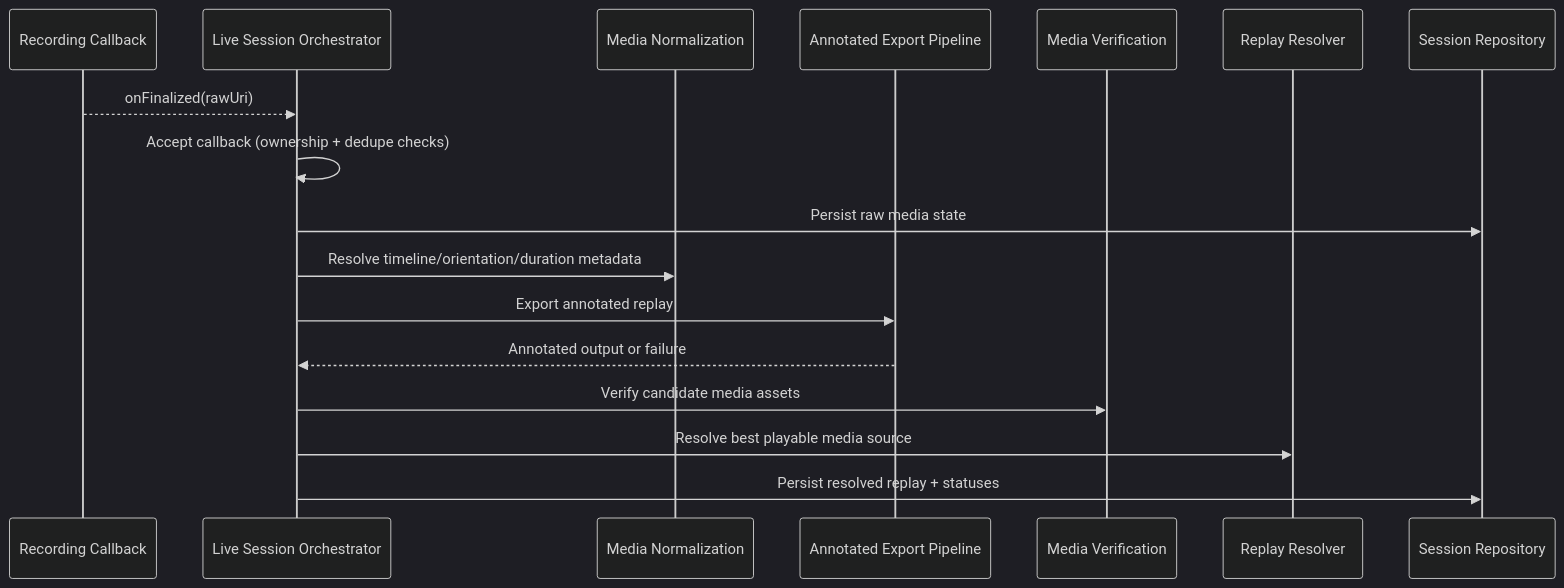
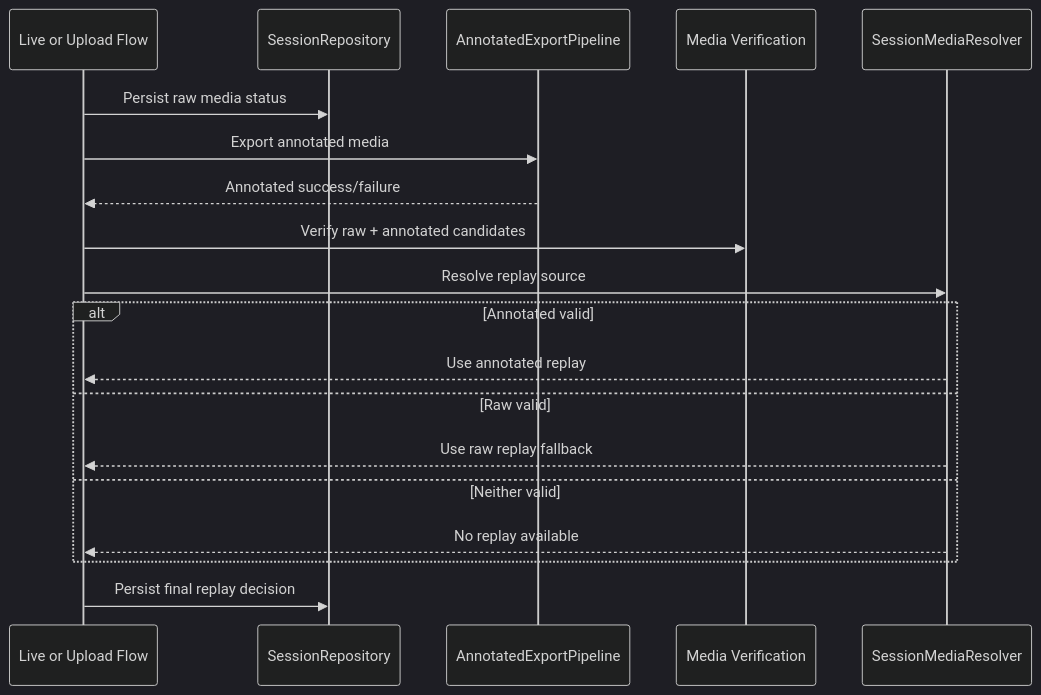
Before and after one commit to Voycepeh/CaliVision: the diagram in docs/diagrams/sequence-export-finalization.md, drawn with Mermaid (dark theme). The commit also changed other lines of this file and 16 other files, not shown here.

````diff
--- a/docs/diagrams/sequence-export-finalization.md
+++ b/docs/diagrams/sequence-export-finalization.md
@@ -3,20 +3,24 @@
 ```mermaid
 sequenceDiagram
-    participant REC as Recording Callback
-    participant ORCH as Live Session Orchestrator
-    participant NORM as Media Normalization
-    participant EXP as Annotated Export Pipeline
-    participant VERIFY as Media Verification
-    participant RES as Replay Resolver
-    participant REPO as Session Repository
+    participant Flow as Live or Upload Flow
+    participant Repo as SessionRepository
+    participant Export as AnnotatedExportPipeline
+    participant Verify as Media Verification
+    participant Resolver as SessionMediaResolver
 
-    REC-->>ORCH: onFinalized(rawUri)
-    ORCH->>ORCH: Accept callback (ownership + dedupe checks)
-    ORCH->>REPO: Persist raw media state
-    ORCH->>NORM: Resolve timeline/orientation/duration metadata
-    ORCH->>EXP: Export annotated replay
-    EXP-->>ORCH: Annotated output or failure
-    ORCH->>VERIFY: Verify candidate media assets
-    ORCH->>RES: Resolve best playable media source
-    ORCH->>REPO: Persist resolved replay + statuses
+    Flow->>Repo: Persist raw media status
+    Flow->>Export: Export annotated media
+    Export-->>Flow: Annotated success/failure
+    Flow->>Verify: Verify raw + annotated candidates
+    Flow->>Resolver: Resolve replay source
+
+    alt Annotated valid
+      Resolver-->>Flow: Use annotated replay
+    else Raw valid
+      Resolver-->>Flow: Use raw replay fallback
+    else Neither valid
+      Resolver-->>Flow: No replay available
+    end
+
+    Flow->>Repo: Persist final replay decision
 ```
````
